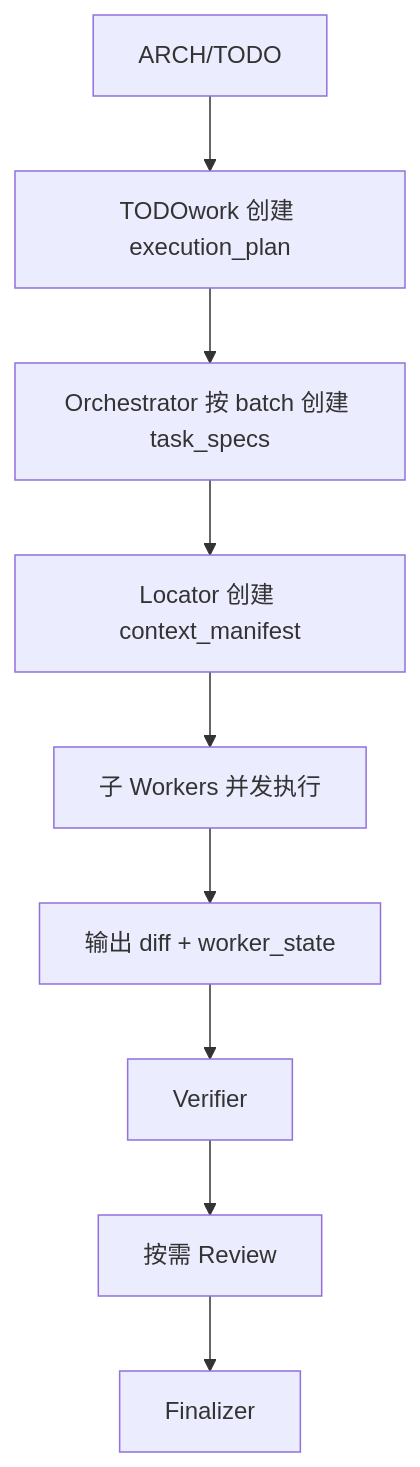
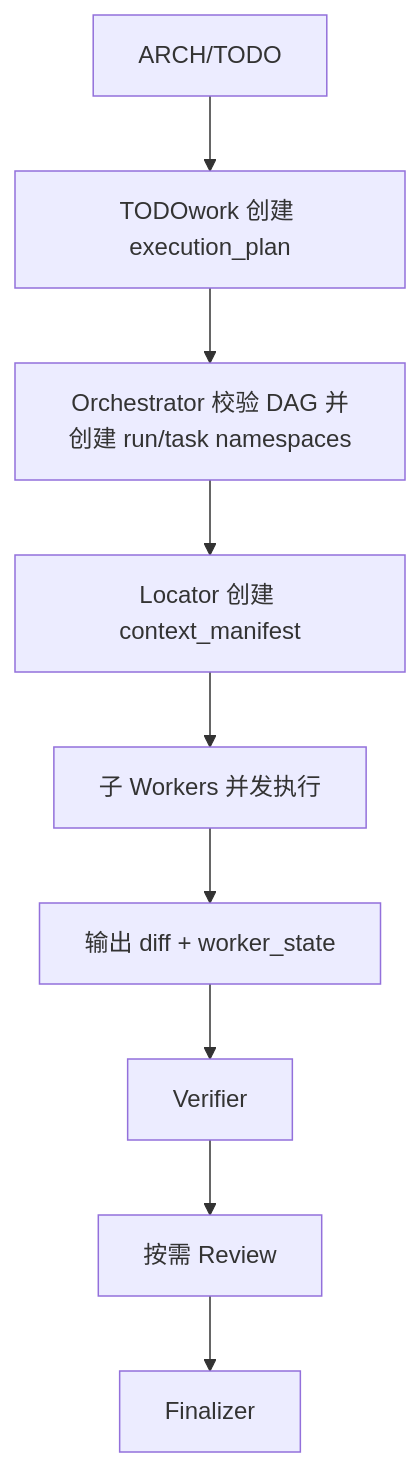
Before and after one commit to zhuxice-ctrl/agent-workflow-standards: the diagram in MULTI_AGENT_ORCHESTRATION.md, drawn with Mermaid. The commit also changed other lines of this file and 182 other files, not shown here.

````diff
--- a/MULTI_AGENT_ORCHESTRATION.md
+++ b/MULTI_AGENT_ORCHESTRATION.md
@@ -127,11 +127,11 @@
 ```mermaid
 flowchart TD
     A[ARCH/TODO] --> B[TODOwork 创建 execution_plan]
-    B --> C[Orchestrator 按 batch 创建 task_specs]
+    B --> C[Orchestrator 校验 DAG 并创建 run/task namespaces]
     C --> D[Locator 创建 context_manifest]
     D --> E[子 Workers 并发执行]
     E --> F[输出 diff + worker_state]
     F --> G[Verifier]
     G --> H[按需 Review]
     H --> I[Finalizer]
 ```
````
